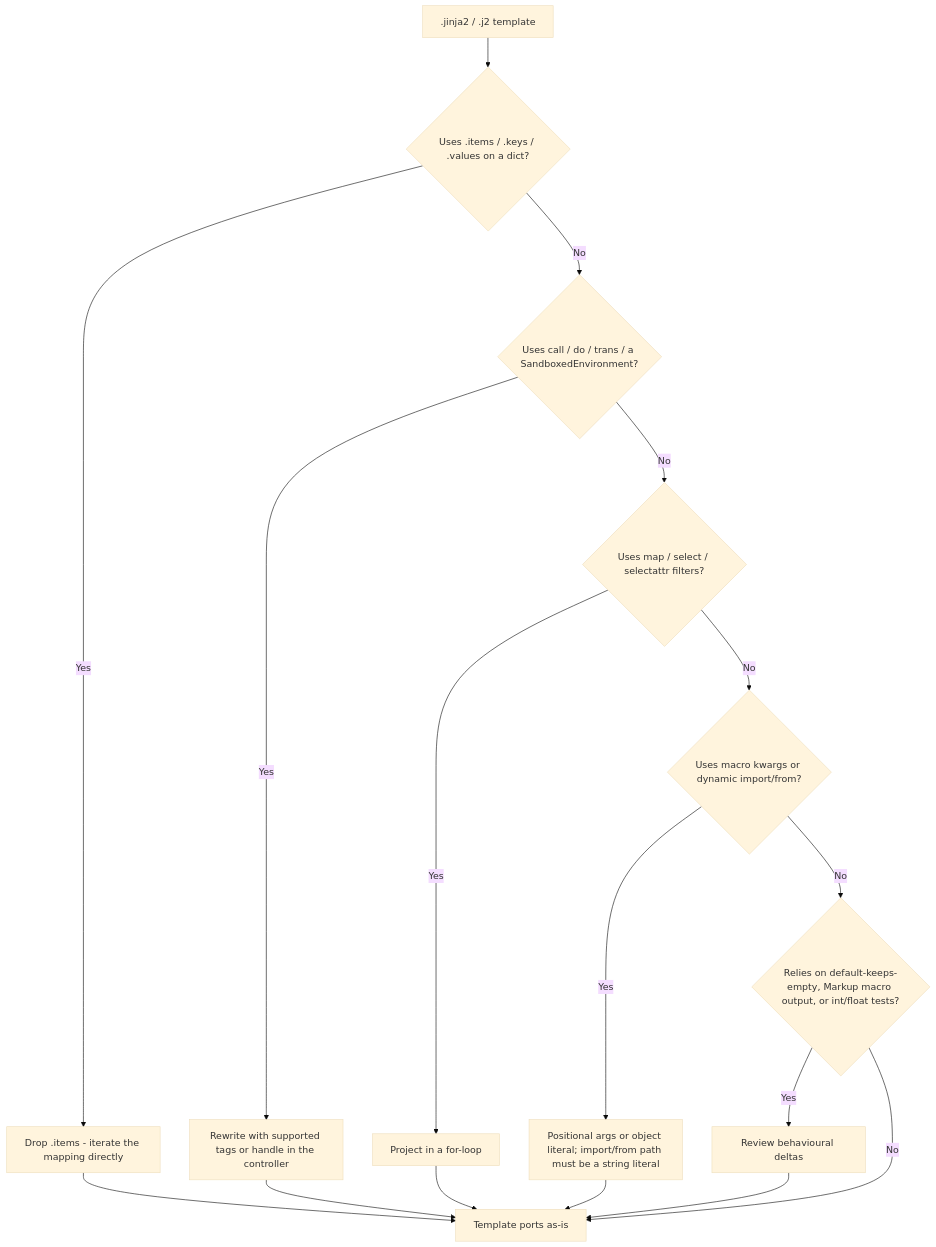
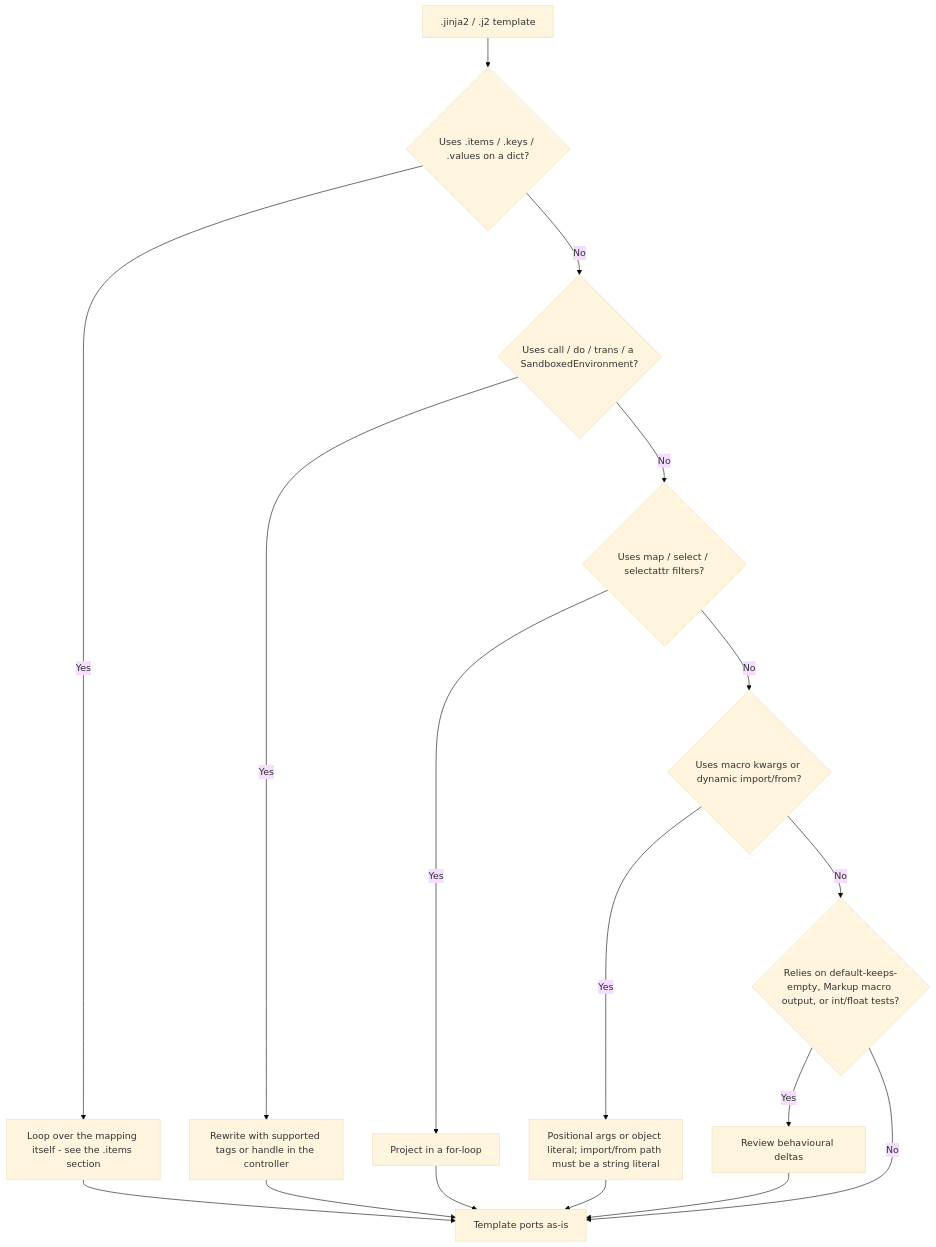
The diagram in docs/templating/jinja2/migration.mdx (gina-io/docs), drawn with Mermaid (base theme) before and after one commit. The commit also changed other lines of this file and 1 other file, not shown here.

````diff
--- a/docs/templating/jinja2/migration.mdx
+++ b/docs/templating/jinja2/migration.mdx
@@ -23,19 +23,19 @@
 ```mermaid
 flowchart TD
   A[.jinja2 / .j2 template] --> B{Uses .items / .keys / .values on a dict?}
-  B -->|Yes| F[Drop .items - iterate the mapping directly]
+  B -->|Yes| F[Loop over the mapping itself - see the .items section]
   B -->|No| C{Uses call / do / trans / a SandboxedEnvironment?}
   C -->|Yes| G[Rewrite with supported tags or handle in the controller]
   C -->|No| D{Uses map / select / selectattr filters?}
   D -->|Yes| H[Project in a for-loop]
   D -->|No| E{Uses macro kwargs or dynamic import/from?}
   E -->|Yes| I[Positional args or object literal; import/from path must be a string literal]
   E -->|No| J{Relies on default-keeps-empty, Markup macro output, or int/float tests?}
   J -->|Yes| K[Review behavioural deltas]
   J -->|No| OK[Template ports as-is]
   F --> OK
   G --> OK
   H --> OK
   I --> OK
   K --> OK
 ```
````
